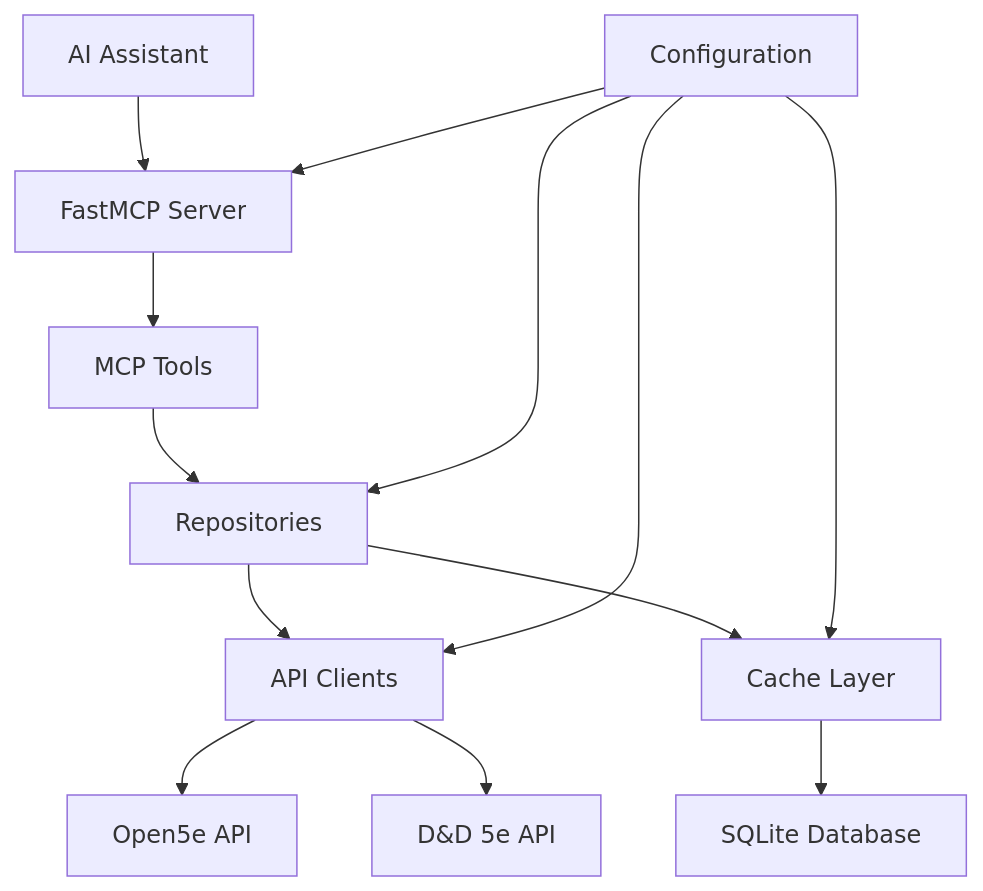
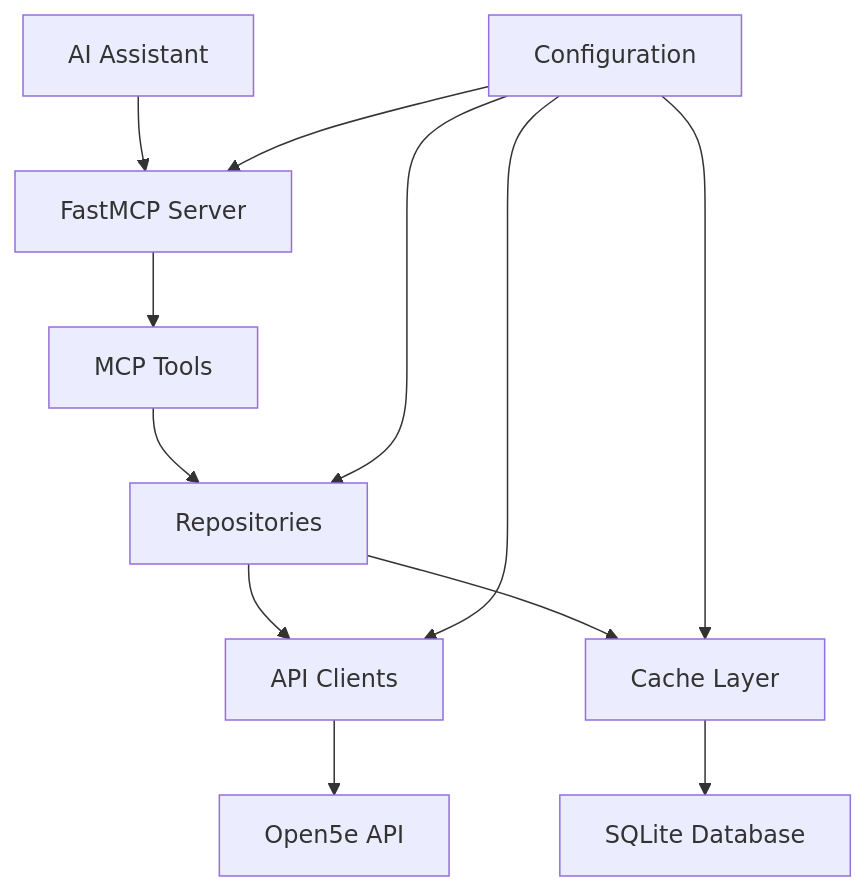
The diagram in docs/architecture.md (frap129/lorekeeper-mcp), drawn with Mermaid before and after one commit. The commit also changed other lines of this file and 7 other files, not shown here.

````diff
--- a/docs/architecture.md
+++ b/docs/architecture.md
@@ -132,15 +132,14 @@
 ```mermaid
 graph TD
     A[AI Assistant] --> B[FastMCP Server]
     B --> C[MCP Tools]
     C --> D[Repositories]
     D --> E[API Clients]
     D --> F[Cache Layer]
     F --> G[SQLite Database]
     E --> H[Open5e API]
-    E --> I[D&D 5e API]
     J[Configuration] --> B
     J --> D
     J --> F
     J --> E
 ```
````
